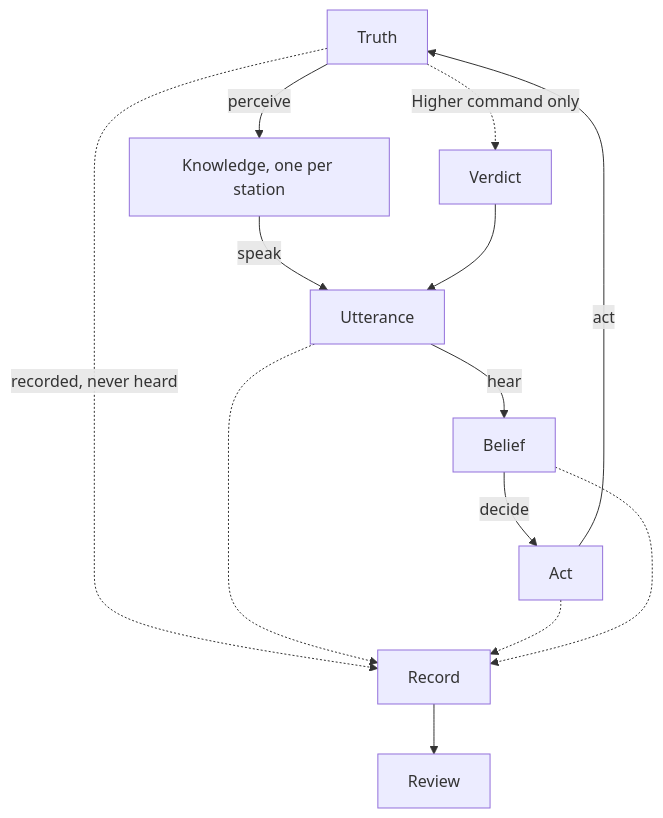
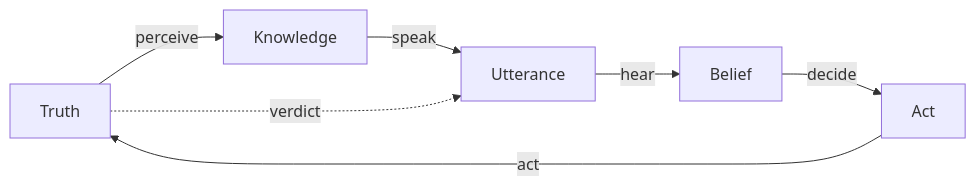
Before and after one commit to Neefay/arma3-llm-harness: the first of 23 diagrams in docs/COMMANDER_MODEL.md, drawn with Mermaid. The commit also changed other lines of this file and 1 other file, not shown here.

````diff
--- a/docs/COMMANDER_MODEL.md
+++ b/docs/COMMANDER_MODEL.md
@@ -50,15 +7,9 @@
 ```mermaid
-flowchart TD
-  T[Truth] -->|perceive| K[Knowledge, one per station]
+flowchart LR
+  T[Truth] -->|perceive| K[Knowledge]
   K -->|speak| U[Utterance]
   U -->|hear| B[Belief]
   B -->|decide| A[Act]
   A -->|act| T
-  T -.->|Higher command only| V[Verdict]
-  V --> U
-  T -.->|recorded, never heard| R[Record]
-  U -.-> R
-  A -.-> R
-  B -.-> R
-  R --> AAR[Review]
+  T -.->|verdict| U
 ```
````
